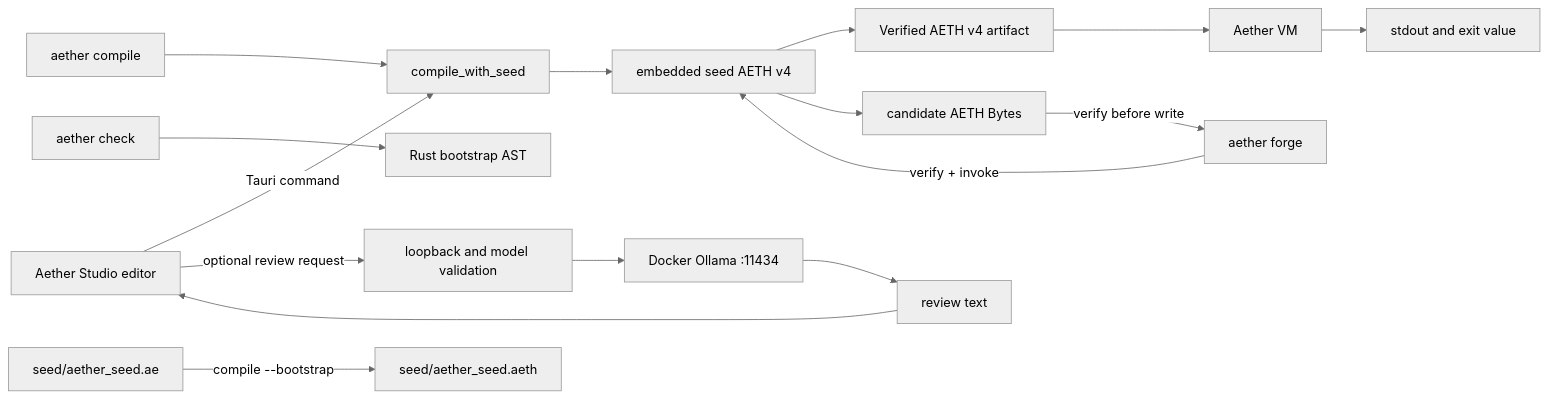
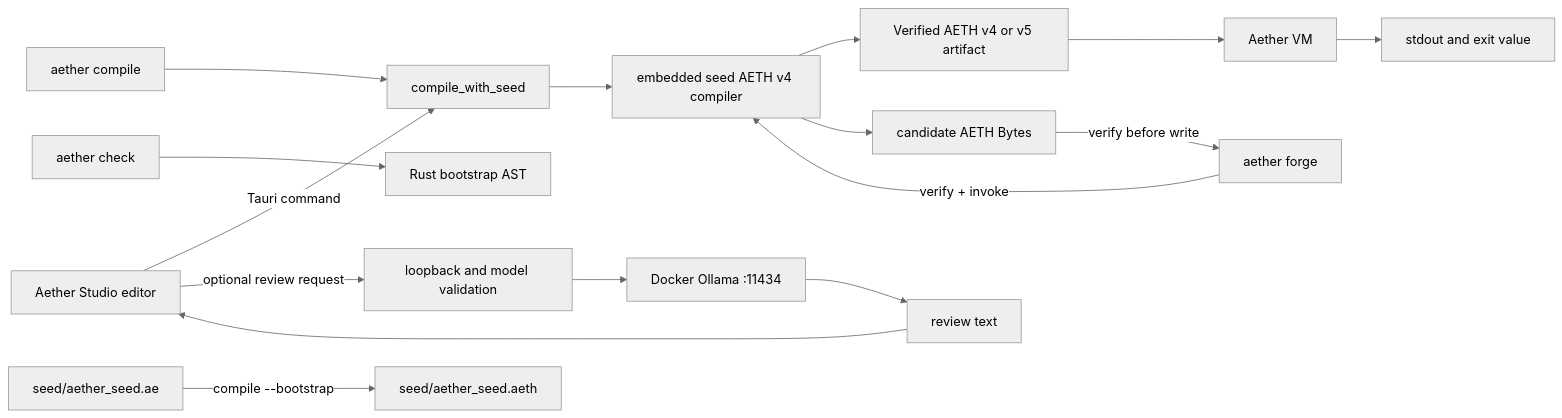
The diagram in docs/ARCHITECTURE.md (MrWizard94-Compile/XLang), drawn with Mermaid (neutral theme) before and after one commit. The commit also changed other lines of this file and 16 other files, not shown here.

```diff
--- a/docs/ARCHITECTURE.md
+++ b/docs/ARCHITECTURE.md
@@ -3,18 +3,18 @@
 ~~~mermaid
 flowchart LR
     Editor["Aether Studio editor"] -->|"Tauri command"| SeedPath["compile_with_seed"]
     CLI["aether compile"] --> SeedPath
-    SeedPath --> SeedArt["embedded seed AETH v4"]
-    SeedArt --> Artifact["Verified AETH v4 artifact"]
+    SeedPath --> SeedArt["embedded seed AETH v4 compiler"]
+    SeedArt --> Artifact["Verified AETH v4 or v5 artifact"]
     Artifact --> VM["Aether VM"]
     VM --> Result["stdout and exit value"]
     Check["aether check"] --> Bootstrap["Rust bootstrap AST"]
     SeedSrc["seed/aether_seed.ae"] -->|"compile --bootstrap"| SeedArtFile["seed/aether_seed.aeth"]
     Forge["aether forge"] -->|"verify + invoke"| SeedArt
     SeedArt --> Candidate["candidate AETH Bytes"]
     Candidate -->|"verify before write"| Forge
     Editor -->|"optional review request"| Guard["loopback and model validation"]
     Guard --> Ollama["Docker Ollama :11434"]
     Ollama --> Review["review text"]
     Review --> Editor
 ~~~
```
